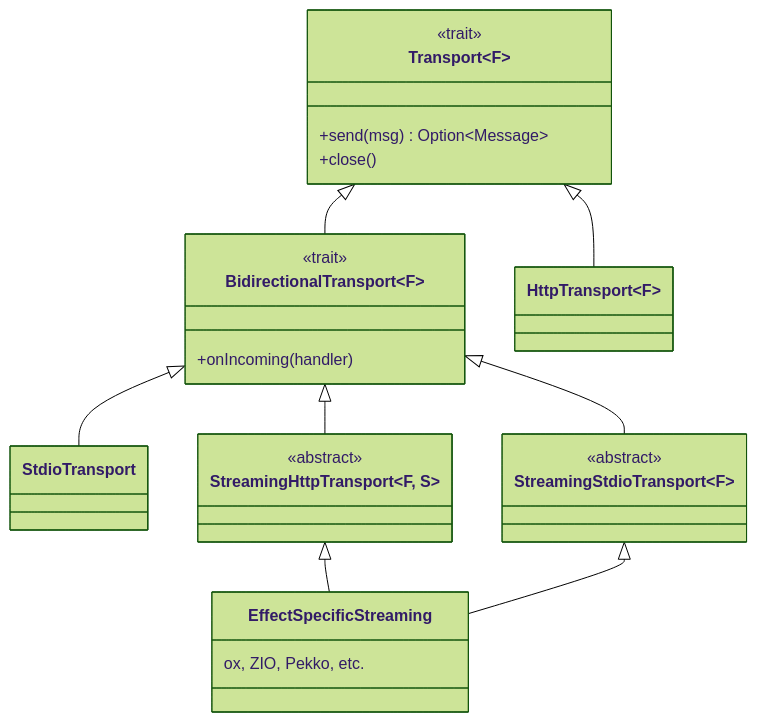
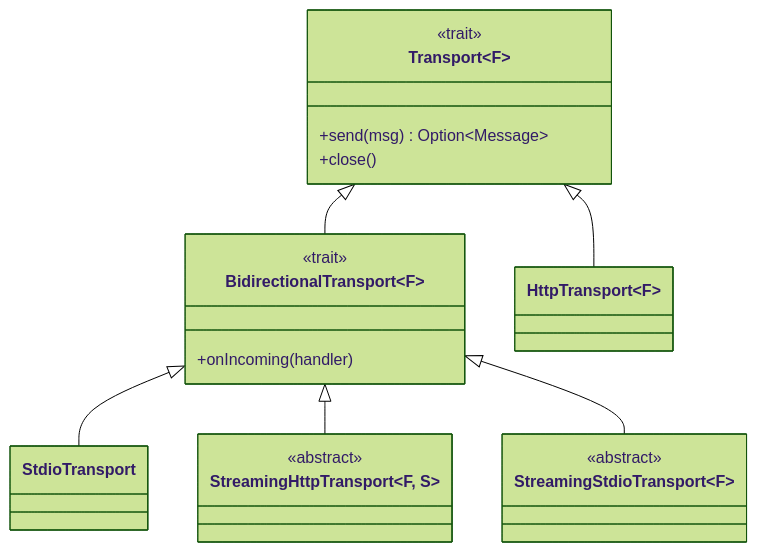
Before and after one commit to softwaremill/chimp: the diagram in generated-docs/out/client/transport.md, drawn with Mermaid (forest theme). The commit also changed other lines of this file and 18 other files, not shown here.

````diff
--- a/generated-docs/out/client/transport.md
+++ b/generated-docs/out/client/transport.md
@@ -10,31 +10,26 @@
 ```{mermaid}
 classDiagram
     class Transport~F~ {
         <<trait>>
         +send(msg) Option~Message~
         +close()
     }
     class BidirectionalTransport~F~ {
         <<trait>>
         +onIncoming(handler)
     }
     class HttpTransport~F~
     class StdioTransport
     class StreamingHttpTransport~F, S~ {
         <<abstract>>
     }
     class StreamingStdioTransport~F~ {
         <<abstract>>
     }
-    class EffectSpecificStreaming {
-        ox, ZIO, Pekko, etc.
-    }
 
     Transport <|-- BidirectionalTransport
     Transport <|-- HttpTransport
     BidirectionalTransport <|-- StdioTransport
     BidirectionalTransport <|-- StreamingHttpTransport
     BidirectionalTransport <|-- StreamingStdioTransport
-    StreamingHttpTransport <|-- EffectSpecificStreaming
-    StreamingStdioTransport <|-- EffectSpecificStreaming
 ```
````
